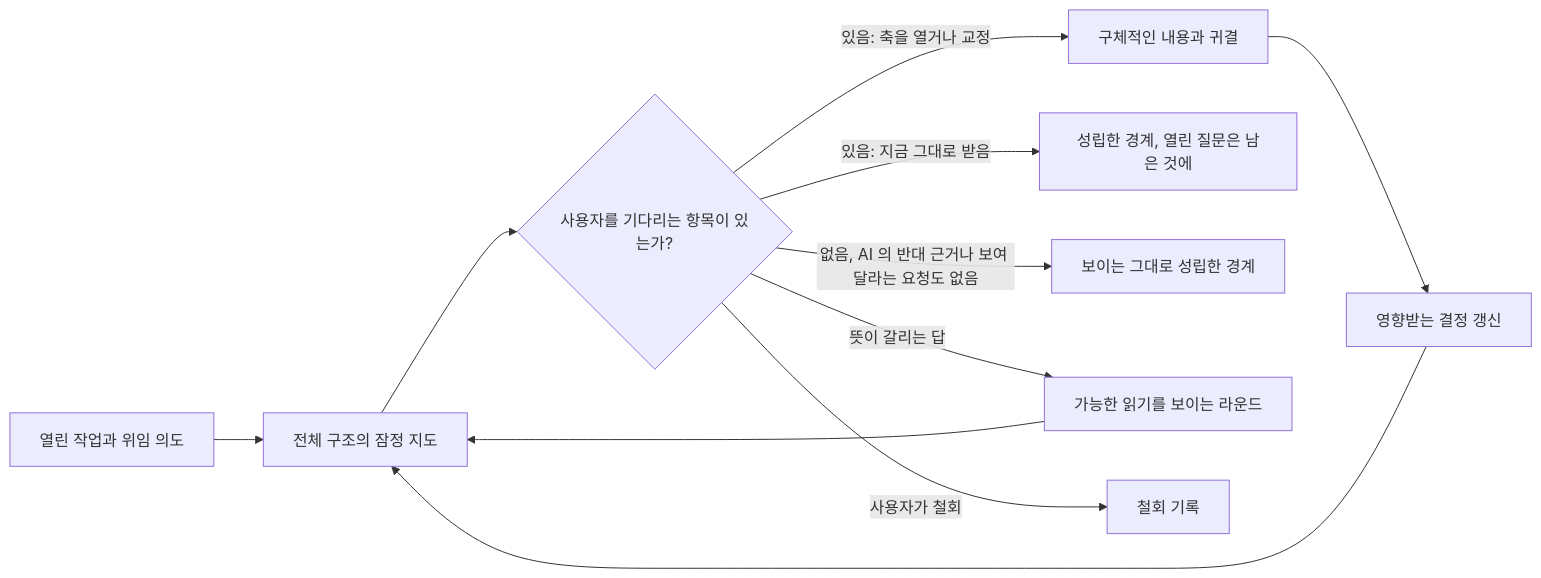
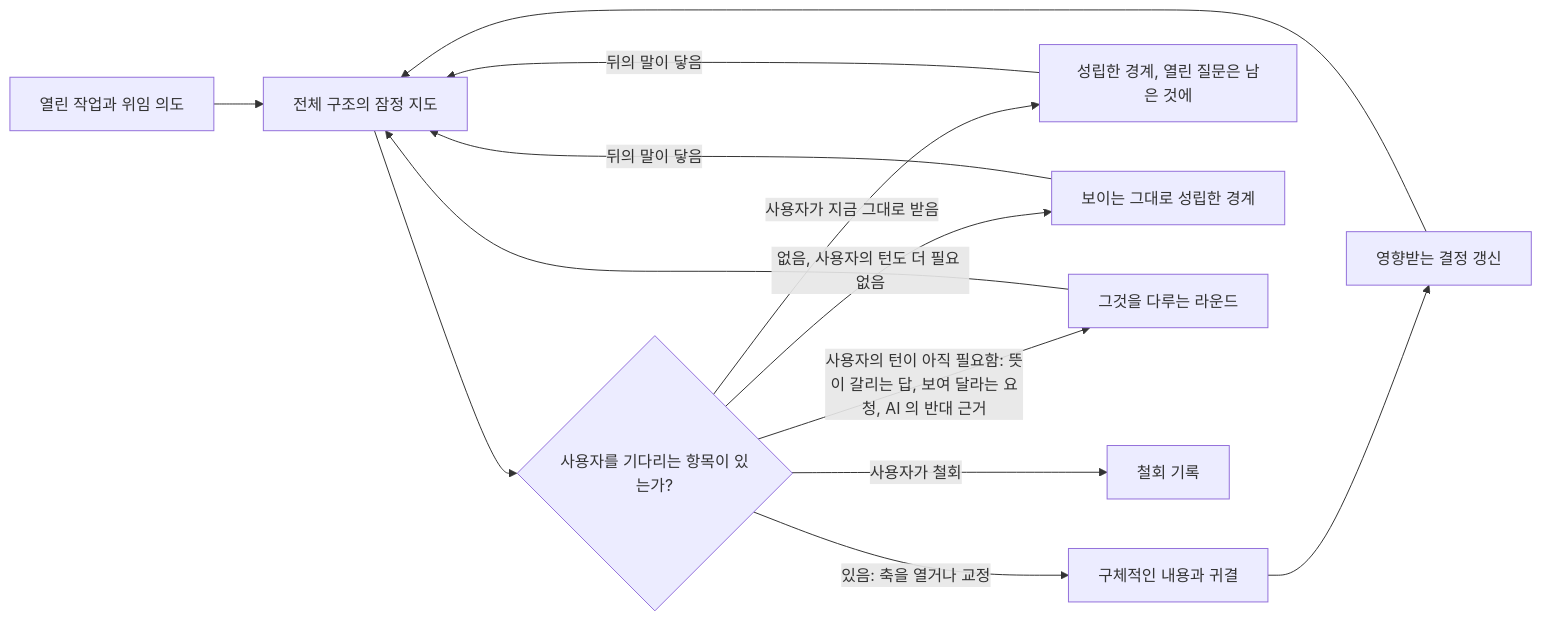
Before and after one commit to jongwony/epistemic-protocols: the diagram in horismos/README_ko.md, drawn with Mermaid. The commit also changed other lines of this file and 5 other files, not shown here.

````diff
--- a/horismos/README_ko.md
+++ b/horismos/README_ko.md
@@ -9,13 +9,15 @@
 ```mermaid
 flowchart LR
     A[열린 작업과 위임 의도] --> B[전체 구조의 잠정 지도]
     B --> C{사용자를 기다리는 항목이 있는가?}
     C -->|있음: 축을 열거나 교정| D[구체적인 내용과 귀결]
     D --> E[영향받는 결정 갱신]
     E --> B
-    C -->|있음: 지금 그대로 받음| F[성립한 경계, 열린 질문은 남은 것에]
-    C -->|없음, AI 의 반대 근거나 보여 달라는 요청도 없음| G[보이는 그대로 성립한 경계]
-    C -->|뜻이 갈리는 답| H[가능한 읽기를 보이는 라운드]
+    C -->|사용자가 지금 그대로 받음| F[성립한 경계, 열린 질문은 남은 것에]
+    C -->|없음, 사용자의 턴도 더 필요 없음| G[보이는 그대로 성립한 경계]
+    C -->|사용자의 턴이 아직 필요함: 뜻이 갈리는 답, 보여 달라는 요청, AI 의 반대 근거| H[그것을 다루는 라운드]
     H --> B
     C -->|사용자가 철회| W[철회 기록]
+    F -->|뒤의 말이 닿음| B
+    G -->|뒤의 말이 닿음| B
 ```
````
